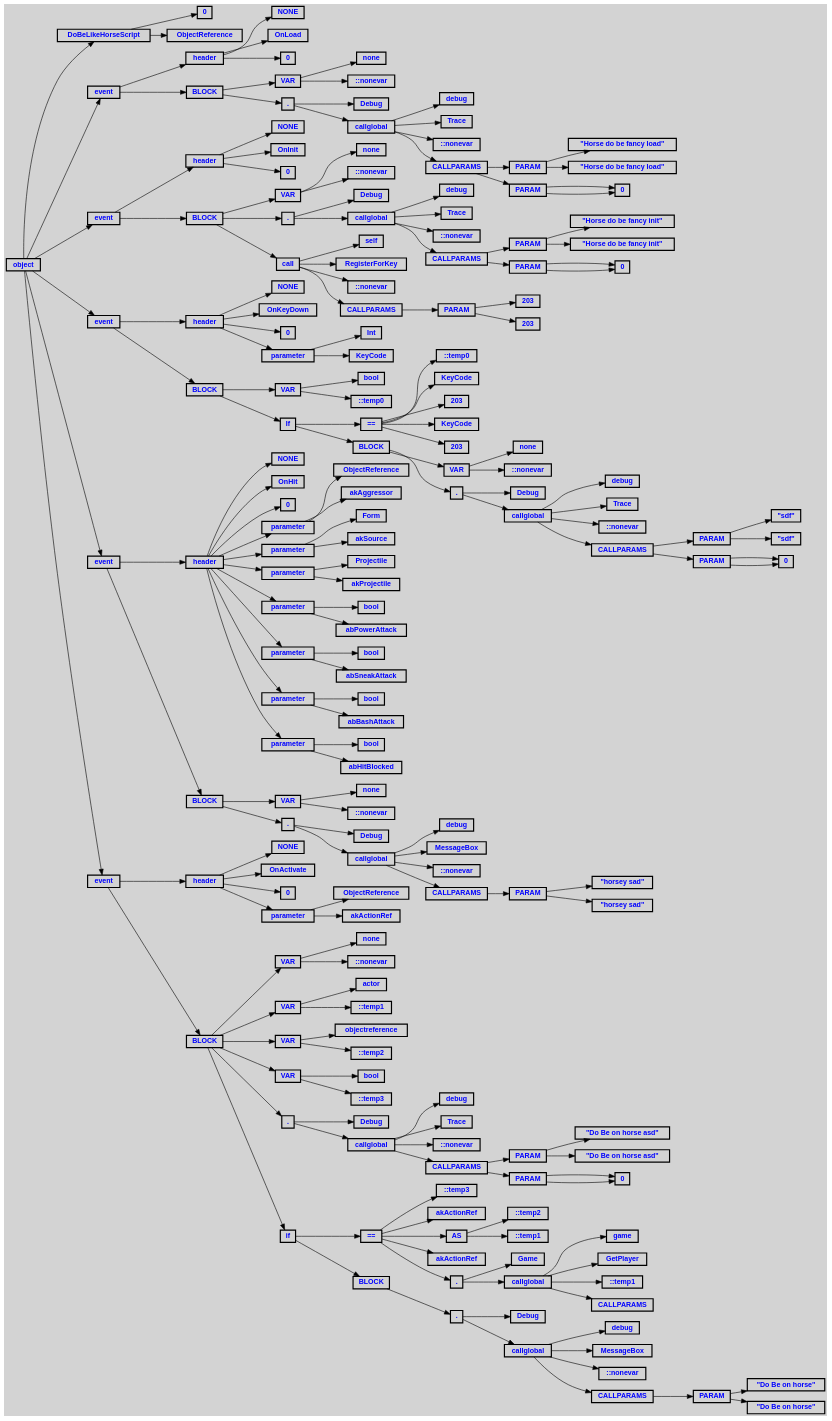
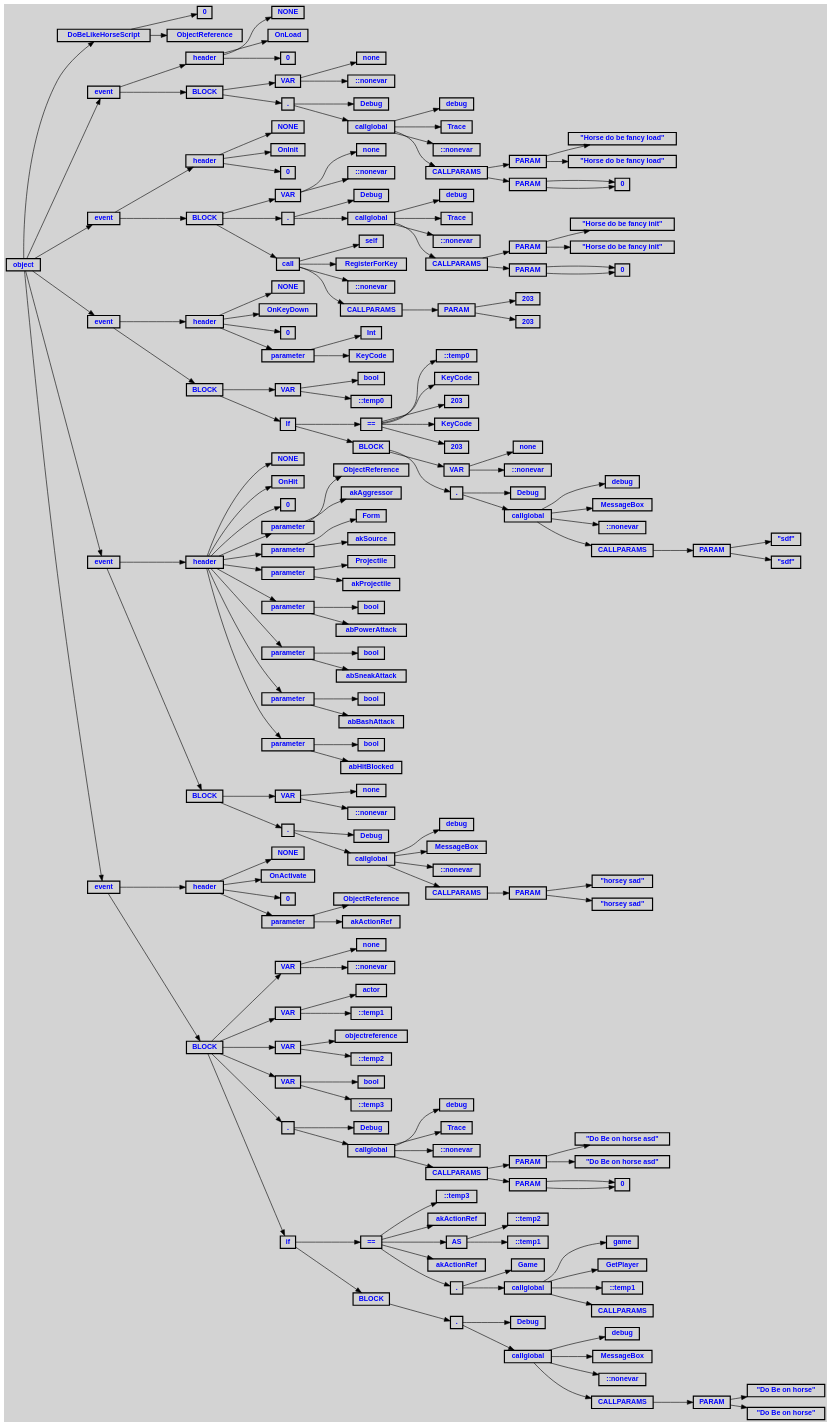
Before and after one commit to WladHD/CommonLibSSE-Sandbox: the diagram in DoBeLikeHorseScript.postTypeCheck.dot, drawn with Graphviz. The commit also changed 7 other files, not shown here.

```diff
--- a/DoBeLikeHorseScript.postTypeCheck.dot
+++ b/DoBeLikeHorseScript.postTypeCheck.dot
@@ -121,7 +121,7 @@
  n79 [label="callglobal"];
  n79 [label="callglobal"];
  n80 [label="debug"];
- n81 [label="Trace"];
+ n81 [label="MessageBox"];
  n82 [label="::nonevar"];
  n83 [label="CALLPARAMS"];
  n83 [label="CALLPARAMS"];
@@ -129,148 +129,144 @@
  n84 [label="PARAM"];
  n85 [label="\"sdf\""];
  n86 [label="\"sdf\""];
- n87 [label="PARAM"];
- n87 [label="PARAM"];
- n88 [label="0"];
- n88 [label="0"];
- n89 [label="event"];
- n89 [label="event"];
- n90 [label="header"];
- n90 [label="header"];
- n91 [label="NONE"];
- n92 [label="OnHit"];
- n93 [label="0"];
- n94 [label="parameter"];
- n94 [label="parameter"];
- n95 [label="ObjectReference"];
- n96 [label="akAggressor"];
- n97 [label="parameter"];
- n97 [label="parameter"];
- n98 [label="Form"];
- n99 [label="akSource"];
- n100 [label="parameter"];
- n100 [label="parameter"];
- n101 [label="Projectile"];
- n102 [label="akProjectile"];
- n103 [label="parameter"];
- n103 [label="parameter"];
- n104 [label="bool"];
- n105 [label="abPowerAttack"];
- n106 [label="parameter"];
- n106 [label="parameter"];
- n107 [label="bool"];
- n108 [label="abSneakAttack"];
- n109 [label="parameter"];
- n109 [label="parameter"];
- n110 [label="bool"];
- n111 [label="abBashAttack"];
- n112 [label="parameter"];
- n112 [label="parameter"];
- n113 [label="bool"];
- n114 [label="abHitBlocked"];
- n115 [label="BLOCK"];
- n115 [label="BLOCK"];
- n116 [label="VAR"];
- n116 [label="VAR"];
- n117 [label="none"];
- n118 [label="::nonevar"];
- n119 [label="."];
- n119 [label="."];
- n120 [label="Debug"];
- n121 [label="callglobal"];
- n121 [label="callglobal"];
- n122 [label="debug"];
- n123 [label="MessageBox"];
- n124 [label="::nonevar"];
- n125 [label="CALLPARAMS"];
- n125 [label="CALLPARAMS"];
- n126 [label="PARAM"];
- n126 [label="PARAM"];
- n127 [label="\"horsey sad\""];
- n128 [label="\"horsey sad\""];
- n129 [label="event"];
- n129 [label="event"];
- n130 [label="header"];
- n130 [label="header"];
- n131 [label="NONE"];
- n132 [label="OnActivate"];
- n133 [label="0"];
- n134 [label="parameter"];
- n134 [label="parameter"];
- n135 [label="ObjectReference"];
- n136 [label="akActionRef"];
- n137 [label="BLOCK"];
- n137 [label="BLOCK"];
- n138 [label="VAR"];
- n138 [label="VAR"];
- n139 [label="none"];
- n140 [label="::nonevar"];
- n141 [label="VAR"];
- n141 [label="VAR"];
- n142 [label="actor"];
- n143 [label="::temp1"];
- n144 [label="VAR"];
- n144 [label="VAR"];
- n145 [label="objectreference"];
- n146 [label="::temp2"];
- n147 [label="VAR"];
- n147 [label="VAR"];
- n148 [label="bool"];
- n149 [label="::temp3"];
- n150 [label="."];
- n150 [label="."];
- n151 [label="Debug"];
- n152 [label="callglobal"];
- n152 [label="callglobal"];
- n153 [label="debug"];
- n154 [label="Trace"];
- n155 [label="::nonevar"];
- n156 [label="CALLPARAMS"];
- n156 [label="CALLPARAMS"];
- n157 [label="PARAM"];
- n157 [label="PARAM"];
- n158 [label="\"Do Be on horse asd\""];
- n159 [label="\"Do Be on horse asd\""];
- n160 [label="PARAM"];
- n160 [label="PARAM"];
- n161 [label="0"];
- n161 [label="0"];
- n162 [label="if"];
- n162 [label="if"];
- n163 [label="=="];
- n163 [label="=="];
- n164 [label="::temp3"];
- n165 [label="akActionRef"];
- n166 [label="AS"];
- n166 [label="AS"];
- n167 [label="::temp2"];
- n168 [label="::temp1"];
- n169 [label="akActionRef"];
- n170 [label="."];
- n170 [label="."];
- n171 [label="Game"];
- n172 [label="callglobal"];
- n172 [label="callglobal"];
- n173 [label="game"];
- n174 [label="GetPlayer"];
- n175 [label="::temp1"];
- n176 [label="CALLPARAMS"];
- n177 [label="BLOCK"];
- n177 [label="BLOCK"];
- n178 [label="."];
- n178 [label="."];
- n179 [label="Debug"];
- n180 [label="callglobal"];
- n180 [label="callglobal"];
- n181 [label="debug"];
- n182 [label="MessageBox"];
- n183 [label="::nonevar"];
- n184 [label="CALLPARAMS"];
- n184 [label="CALLPARAMS"];
- n185 [label="PARAM"];
- n185 [label="PARAM"];
- n186 [label="\"Do Be on horse\""];
- n187 [label="\"Do Be on horse\""];
+ n87 [label="event"];
+ n87 [label="event"];
+ n88 [label="header"];
+ n88 [label="header"];
+ n89 [label="NONE"];
+ n90 [label="OnHit"];
+ n91 [label="0"];
+ n92 [label="parameter"];
+ n92 [label="parameter"];
+ n93 [label="ObjectReference"];
+ n94 [label="akAggressor"];
+ n95 [label="parameter"];
+ n95 [label="parameter"];
+ n96 [label="Form"];
+ n97 [label="akSource"];
+ n98 [label="parameter"];
+ n98 [label="parameter"];
+ n99 [label="Projectile"];
+ n100 [label="akProjectile"];
+ n101 [label="parameter"];
+ n101 [label="parameter"];
+ n102 [label="bool"];
+ n103 [label="abPowerAttack"];
+ n104 [label="parameter"];
+ n104 [label="parameter"];
+ n105 [label="bool"];
+ n106 [label="abSneakAttack"];
+ n107 [label="parameter"];
+ n107 [label="parameter"];
+ n108 [label="bool"];
+ n109 [label="abBashAttack"];
+ n110 [label="parameter"];
+ n110 [label="parameter"];
+ n111 [label="bool"];
+ n112 [label="abHitBlocked"];
+ n113 [label="BLOCK"];
+ n113 [label="BLOCK"];
+ n114 [label="VAR"];
+ n114 [label="VAR"];
+ n115 [label="none"];
+ n116 [label="::nonevar"];
+ n117 [label="."];
+ n117 [label="."];
+ n118 [label="Debug"];
+ n119 [label="callglobal"];
+ n119 [label="callglobal"];
+ n120 [label="debug"];
+ n121 [label="MessageBox"];
+ n122 [label="::nonevar"];
+ n123 [label="CALLPARAMS"];
+ n123 [label="CALLPARAMS"];
+ n124 [label="PARAM"];
+ n124 [label="PARAM"];
+ n125 [label="\"horsey sad\""];
+ n126 [label="\"horsey sad\""];
+ n127 [label="event"];
+ n127 [label="event"];
+ n128 [label="header"];
+ n128 [label="header"];
+ n129 [label="NONE"];
+ n130 [label="OnActivate"];
+ n131 [label="0"];
+ n132 [label="parameter"];
+ n132 [label="parameter"];
+ n133 [label="ObjectReference"];
+ n134 [label="akActionRef"];
+ n135 [label="BLOCK"];
+ n135 [label="BLOCK"];
+ n136 [label="VAR"];
+ n136 [label="VAR"];
+ n137 [label="none"];
+ n138 [label="::nonevar"];
+ n139 [label="VAR"];
+ n139 [label="VAR"];
+ n140 [label="actor"];
+ n141 [label="::temp1"];
+ n142 [label="VAR"];
+ n142 [label="VAR"];
+ n143 [label="objectreference"];
+ n144 [label="::temp2"];
+ n145 [label="VAR"];
+ n145 [label="VAR"];
+ n146 [label="bool"];
+ n147 [label="::temp3"];
+ n148 [label="."];
+ n148 [label="."];
+ n149 [label="Debug"];
+ n150 [label="callglobal"];
+ n150 [label="callglobal"];
+ n151 [label="debug"];
+ n152 [label="Trace"];
+ n153 [label="::nonevar"];
+ n154 [label="CALLPARAMS"];
+ n154 [label="CALLPARAMS"];
+ n155 [label="PARAM"];
+ n155 [label="PARAM"];
+ n156 [label="\"Do Be on horse asd\""];
+ n157 [label="\"Do Be on horse asd\""];
+ n158 [label="PARAM"];
+ n158 [label="PARAM"];
+ n159 [label="0"];
+ n159 [label="0"];
+ n160 [label="if"];
+ n160 [label="if"];
+ n161 [label="=="];
+ n161 [label="=="];
+ n162 [label="::temp3"];
+ n163 [label="akActionRef"];
+ n164 [label="AS"];
+ n164 [label="AS"];
+ n165 [label="::temp2"];
+ n166 [label="::temp1"];
+ n167 [label="akActionRef"];
+ n168 [label="."];
+ n168 [label="."];
+ n169 [label="Game"];
+ n170 [label="callglobal"];
+ n170 [label="callglobal"];
+ n171 [label="game"];
+ n172 [label="GetPlayer"];
+ n173 [label="::temp1"];
+ n174 [label="CALLPARAMS"];
+ n175 [label="BLOCK"];
+ n175 [label="BLOCK"];
+ n176 [label="."];
+ n176 [label="."];
+ n177 [label="Debug"];
+ n178 [label="callglobal"];
+ n178 [label="callglobal"];
+ n179 [label="debug"];
+ n180 [label="MessageBox"];
+ n181 [label="::nonevar"];
+ n182 [label="CALLPARAMS"];
+ n182 [label="CALLPARAMS"];
+ n183 [label="PARAM"];
+ n183 [label="PARAM"];
+ n184 [label="\"Do Be on horse\""];
+ n185 [label="\"Do Be on horse\""];
 
  n0 -> n1 // "object" -> "DoBeLikeHorseScript"
  n1 -> n2 // "DoBeLikeHorseScript" -> "0"
@@ -354,114 +350,111 @@
  n77 -> n78 // "." -> "Debug"
  n77 -> n79 // "." -> "callglobal"
  n79 -> n80 // "callglobal" -> "debug"
- n79 -> n81 // "callglobal" -> "Trace"
+ n79 -> n81 // "callglobal" -> "MessageBox"
  n79 -> n82 // "callglobal" -> "::nonevar"
  n79 -> n83 // "callglobal" -> "CALLPARAMS"
  n83 -> n84 // "CALLPARAMS" -> "PARAM"
  n84 -> n85 // "PARAM" -> ""sdf""
  n84 -> n86 // "PARAM" -> ""sdf""
- n83 -> n87 // "CALLPARAMS" -> "PARAM"
- n87 -> n88 // "PARAM" -> "0"
- n87 -> n88 // "PARAM" -> "0"
- n0 -> n89 // "object" -> "event"
- n89 -> n90 // "event" -> "header"
- n90 -> n91 // "header" -> "NONE"
- n90 -> n92 // "header" -> "OnHit"
- n90 -> n93 // "header" -> "0"
- n90 -> n94 // "header" -> "parameter"
- n94 -> n95 // "parameter" -> "ObjectReference"
- n94 -> n96 // "parameter" -> "akAggressor"
- n90 -> n97 // "header" -> "parameter"
- n97 -> n98 // "parameter" -> "Form"
- n97 -> n99 // "parameter" -> "akSource"
- n90 -> n100 // "header" -> "parameter"
- n100 -> n101 // "parameter" -> "Projectile"
- n100 -> n102 // "parameter" -> "akProjectile"
- n90 -> n103 // "header" -> "parameter"
- n103 -> n104 // "parameter" -> "bool"
- n103 -> n105 // "parameter" -> "abPowerAttack"
- n90 -> n106 // "header" -> "parameter"
- n106 -> n107 // "parameter" -> "bool"
- n106 -> n108 // "parameter" -> "abSneakAttack"
- n90 -> n109 // "header" -> "parameter"
- n109 -> n110 // "parameter" -> "bool"
- n109 -> n111 // "parameter" -> "abBashAttack"
- n90 -> n112 // "header" -> "parameter"
- n112 -> n113 // "parameter" -> "bool"
- n112 -> n114 // "parameter" -> "abHitBlocked"
- n89 -> n115 // "event" -> "BLOCK"
- n115 -> n116 // "BLOCK" -> "VAR"
- n116 -> n117 // "VAR" -> "none"
- n116 -> n118 // "VAR" -> "::nonevar"
- n115 -> n119 // "BLOCK" -> "."
- n119 -> n120 // "." -> "Debug"
- n119 -> n121 // "." -> "callglobal"
- n121 -> n122 // "callglobal" -> "debug"
- n121 -> n123 // "callglobal" -> "MessageBox"
- n121 -> n124 // "callglobal" -> "::nonevar"
- n121 -> n125 // "callglobal" -> "CALLPARAMS"
- n125 -> n126 // "CALLPARAMS" -> "PARAM"
- n126 -> n127 // "PARAM" -> ""horsey sad""
- n126 -> n128 // "PARAM" -> ""horsey sad""
- n0 -> n129 // "object" -> "event"
- n129 -> n130 // "event" -> "header"
- n130 -> n131 // "header" -> "NONE"
- n130 -> n132 // "header" -> "OnActivate"
- n130 -> n133 // "header" -> "0"
- n130 -> n134 // "header" -> "parameter"
- n134 -> n135 // "parameter" -> "ObjectReference"
- n134 -> n136 // "parameter" -> "akActionRef"
- n129 -> n137 // "event" -> "BLOCK"
- n137 -> n138 // "BLOCK" -> "VAR"
- n138 -> n139 // "VAR" -> "none"
- n138 -> n140 // "VAR" -> "::nonevar"
- n137 -> n141 // "BLOCK" -> "VAR"
- n141 -> n142 // "VAR" -> "actor"
- n141 -> n143 // "VAR" -> "::temp1"
- n137 -> n144 // "BLOCK" -> "VAR"
- n144 -> n145 // "VAR" -> "objectreference"
- n144 -> n146 // "VAR" -> "::temp2"
- n137 -> n147 // "BLOCK" -> "VAR"
- n147 -> n148 // "VAR" -> "bool"
- n147 -> n149 // "VAR" -> "::temp3"
- n137 -> n150 // "BLOCK" -> "."
- n150 -> n151 // "." -> "Debug"
- n150 -> n152 // "." -> "callglobal"
- n152 -> n153 // "callglobal" -> "debug"
- n152 -> n154 // "callglobal" -> "Trace"
- n152 -> n155 // "callglobal" -> "::nonevar"
- n152 -> n156 // "callglobal" -> "CALLPARAMS"
- n156 -> n157 // "CALLPARAMS" -> "PARAM"
- n157 -> n158 // "PARAM" -> ""Do Be on horse asd""
- n157 -> n159 // "PARAM" -> ""Do Be on horse asd""
- n156 -> n160 // "CALLPARAMS" -> "PARAM"
- n160 -> n161 // "PARAM" -> "0"
- n160 -> n161 // "PARAM" -> "0"
- n137 -> n162 // "BLOCK" -> "if"
- n162 -> n163 // "if" -> "=="
- n163 -> n164 // "==" -> "::temp3"
- n163 -> n165 // "==" -> "akActionRef"
- n163 -> n166 // "==" -> "AS"
- n166 -> n167 // "AS" -> "::temp2"
- n166 -> n168 // "AS" -> "::temp1"
- n163 -> n169 // "==" -> "akActionRef"
- n163 -> n170 // "==" -> "."
- n170 -> n171 // "." -> "Game"
- n170 -> n172 // "." -> "callglobal"
- n172 -> n173 // "callglobal" -> "game"
- n172 -> n174 // "callglobal" -> "GetPlayer"
- n172 -> n175 // "callglobal" -> "::temp1"
- n172 -> n176 // "callglobal" -> "CALLPARAMS"
- n162 -> n177 // "if" -> "BLOCK"
- n177 -> n178 // "BLOCK" -> "."
- n178 -> n179 // "." -> "Debug"
- n178 -> n180 // "." -> "callglobal"
- n180 -> n181 // "callglobal" -> "debug"
- n180 -> n182 // "callglobal" -> "MessageBox"
- n180 -> n183 // "callglobal" -> "::nonevar"
- n180 -> n184 // "callglobal" -> "CALLPARAMS"
- n184 -> n185 // "CALLPARAMS" -> "PARAM"
- n185 -> n186 // "PARAM" -> ""Do Be on horse""
- n185 -> n187 // "PARAM" -> ""Do Be on horse""
+ n0 -> n87 // "object" -> "event"
+ n87 -> n88 // "event" -> "header"
+ n88 -> n89 // "header" -> "NONE"
+ n88 -> n90 // "header" -> "OnHit"
+ n88 -> n91 // "header" -> "0"
+ n88 -> n92 // "header" -> "parameter"
+ n92 -> n93 // "parameter" -> "ObjectReference"
+ n92 -> n94 // "parameter" -> "akAggressor"
+ n88 -> n95 // "header" -> "parameter"
+ n95 -> n96 // "parameter" -> "Form"
+ n95 -> n97 // "parameter" -> "akSource"
+ n88 -> n98 // "header" -> "parameter"
+ n98 -> n99 // "parameter" -> "Projectile"
+ n98 -> n100 // "parameter" -> "akProjectile"
+ n88 -> n101 // "header" -> "parameter"
+ n101 -> n102 // "parameter" -> "bool"
+ n101 -> n103 // "parameter" -> "abPowerAttack"
+ n88 -> n104 // "header" -> "parameter"
+ n104 -> n105 // "parameter" -> "bool"
+ n104 -> n106 // "parameter" -> "abSneakAttack"
+ n88 -> n107 // "header" -> "parameter"
+ n107 -> n108 // "parameter" -> "bool"
+ n107 -> n109 // "parameter" -> "abBashAttack"
+ n88 -> n110 // "header" -> "parameter"
+ n110 -> n111 // "parameter" -> "bool"
+ n110 -> n112 // "parameter" -> "abHitBlocked"
+ n87 -> n113 // "event" -> "BLOCK"
+ n113 -> n114 // "BLOCK" -> "VAR"
+ n114 -> n115 // "VAR" -> "none"
+ n114 -> n116 // "VAR" -> "::nonevar"
+ n113 -> n117 // "BLOCK" -> "."
+ n117 -> n118 // "." -> "Debug"
+ n117 -> n119 // "." -> "callglobal"
+ n119 -> n120 // "callglobal" -> "debug"
+ n119 -> n121 // "callglobal" -> "MessageBox"
+ n119 -> n122 // "callglobal" -> "::nonevar"
+ n119 -> n123 // "callglobal" -> "CALLPARAMS"
+ n123 -> n124 // "CALLPARAMS" -> "PARAM"
+ n124 -> n125 // "PARAM" -> ""horsey sad""
+ n124 -> n126 // "PARAM" -> ""horsey sad""
+ n0 -> n127 // "object" -> "event"
+ n127 -> n128 // "event" -> "header"
+ n128 -> n129 // "header" -> "NONE"
+ n128 -> n130 // "header" -> "OnActivate"
+ n128 -> n131 // "header" -> "0"
+ n128 -> n132 // "header" -> "parameter"
+ n132 -> n133 // "parameter" -> "ObjectReference"
+ n132 -> n134 // "parameter" -> "akActionRef"
+ n127 -> n135 // "event" -> "BLOCK"
+ n135 -> n136 // "BLOCK" -> "VAR"
+ n136 -> n137 // "VAR" -> "none"
+ n136 -> n138 // "VAR" -> "::nonevar"
+ n135 -> n139 // "BLOCK" -> "VAR"
+ n139 -> n140 // "VAR" -> "actor"
+ n139 -> n141 // "VAR" -> "::temp1"
+ n135 -> n142 // "BLOCK" -> "VAR"
+ n142 -> n143 // "VAR" -> "objectreference"
+ n142 -> n144 // "VAR" -> "::temp2"
+ n135 -> n145 // "BLOCK" -> "VAR"
+ n145 -> n146 // "VAR" -> "bool"
+ n145 -> n147 // "VAR" -> "::temp3"
+ n135 -> n148 // "BLOCK" -> "."
+ n148 -> n149 // "." -> "Debug"
+ n148 -> n150 // "." -> "callglobal"
+ n150 -> n151 // "callglobal" -> "debug"
+ n150 -> n152 // "callglobal" -> "Trace"
+ n150 -> n153 // "callglobal" -> "::nonevar"
+ n150 -> n154 // "callglobal" -> "CALLPARAMS"
+ n154 -> n155 // "CALLPARAMS" -> "PARAM"
+ n155 -> n156 // "PARAM" -> ""Do Be on horse asd""
+ n155 -> n157 // "PARAM" -> ""Do Be on horse asd""
+ n154 -> n158 // "CALLPARAMS" -> "PARAM"
+ n158 -> n159 // "PARAM" -> "0"
+ n158 -> n159 // "PARAM" -> "0"
+ n135 -> n160 // "BLOCK" -> "if"
+ n160 -> n161 // "if" -> "=="
+ n161 -> n162 // "==" -> "::temp3"
+ n161 -> n163 // "==" -> "akActionRef"
+ n161 -> n164 // "==" -> "AS"
+ n164 -> n165 // "AS" -> "::temp2"
+ n164 -> n166 // "AS" -> "::temp1"
+ n161 -> n167 // "==" -> "akActionRef"
+ n161 -> n168 // "==" -> "."
+ n168 -> n169 // "." -> "Game"
+ n168 -> n170 // "." -> "callglobal"
+ n170 -> n171 // "callglobal" -> "game"
+ n170 -> n172 // "callglobal" -> "GetPlayer"
+ n170 -> n173 // "callglobal" -> "::temp1"
+ n170 -> n174 // "callglobal" -> "CALLPARAMS"
+ n160 -> n175 // "if" -> "BLOCK"
+ n175 -> n176 // "BLOCK" -> "."
+ n176 -> n177 // "." -> "Debug"
+ n176 -> n178 // "." -> "callglobal"
+ n178 -> n179 // "callglobal" -> "debug"
+ n178 -> n180 // "callglobal" -> "MessageBox"
+ n178 -> n181 // "callglobal" -> "::nonevar"
+ n178 -> n182 // "callglobal" -> "CALLPARAMS"
+ n182 -> n183 // "CALLPARAMS" -> "PARAM"
+ n183 -> n184 // "PARAM" -> ""Do Be on horse""
+ n183 -> n185 // "PARAM" -> ""Do Be on horse""
 
 }
```
